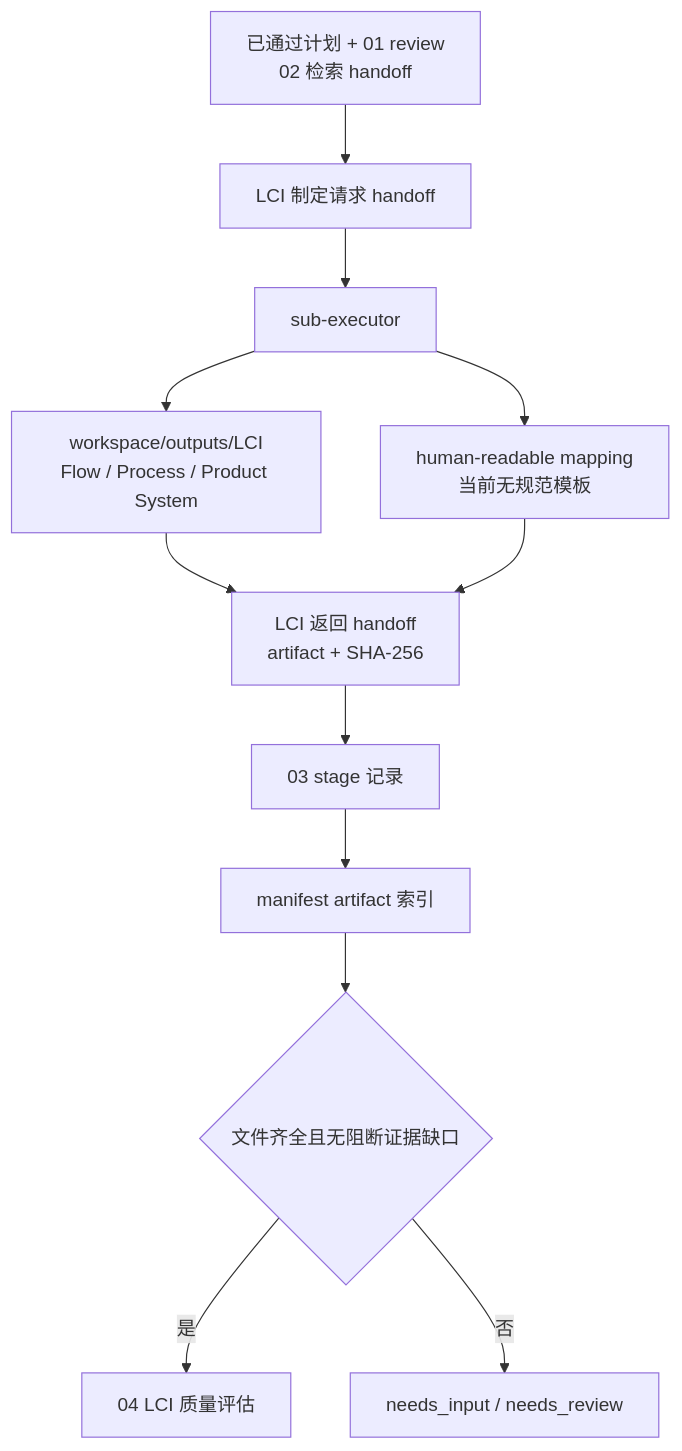
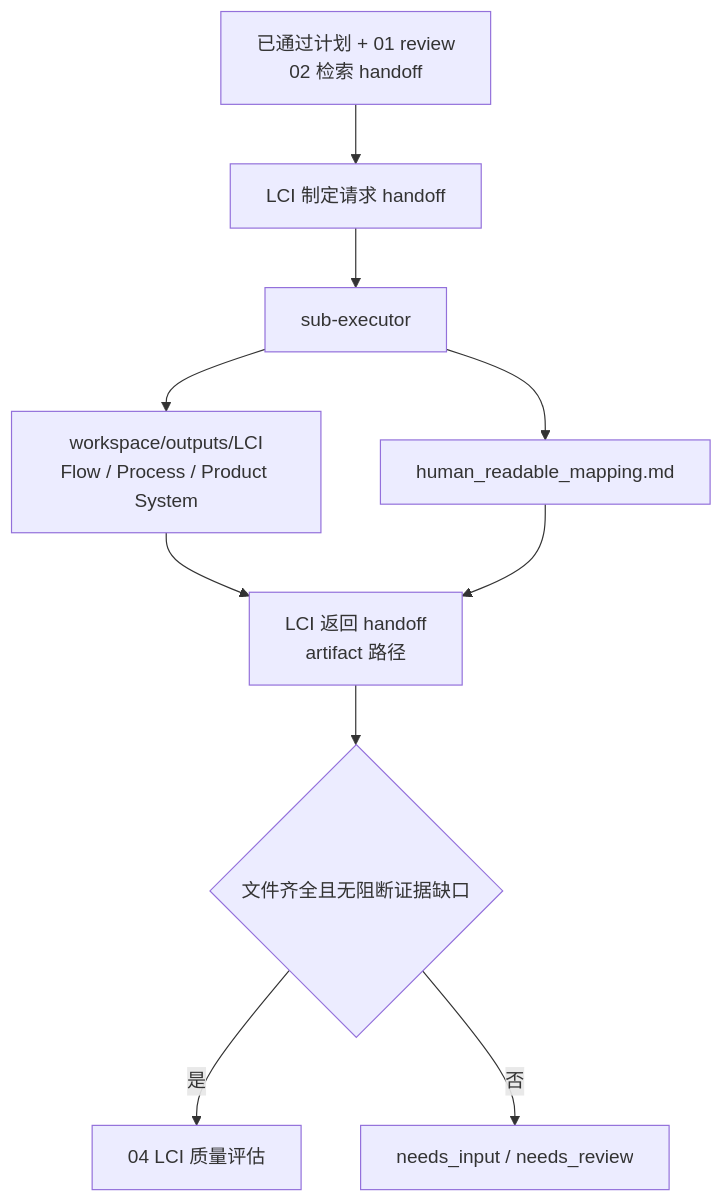
The diagram in harness/specs/03-lci-construction/schema_mapping.md (mrzed891194322/Harness-driven-LCA-dev-agents), drawn with Mermaid before and after one commit. The commit also changed other lines of this file and 100 other files, not shown here.

````diff
--- a/harness/specs/03-lci-construction/schema_mapping.md
+++ b/harness/specs/03-lci-construction/schema_mapping.md
@@ -9,21 +9,19 @@
 ```mermaid
 flowchart TD
     inputs["已通过计划 + 01 review<br/>02 检索 handoff"]
     request["LCI 制定请求 handoff"]
     executor["sub-executor"]
     lci["workspace/outputs/LCI<br/>Flow / Process / Product System"]
-    mapping["human-readable mapping<br/>当前无规范模板"]
-    returned["LCI 返回 handoff<br/>artifact + SHA-256"]
-    stage["03 stage 记录"]
-    manifest["manifest artifact 索引"]
+    mapping["human_readable_mapping.md"]
+    returned["LCI 返回 handoff<br/>artifact 路径"]
     gate{"文件齐全且无阻断证据缺口"}
     next["04 LCI 质量评估"]
     stop["needs_input / needs_review"]
 
     inputs --> request --> executor
     executor --> lci --> returned
     executor --> mapping --> returned
-    returned --> stage --> manifest --> gate
+    returned --> gate
     gate -->|是| next
     gate -->|否| stop
 ```
````
